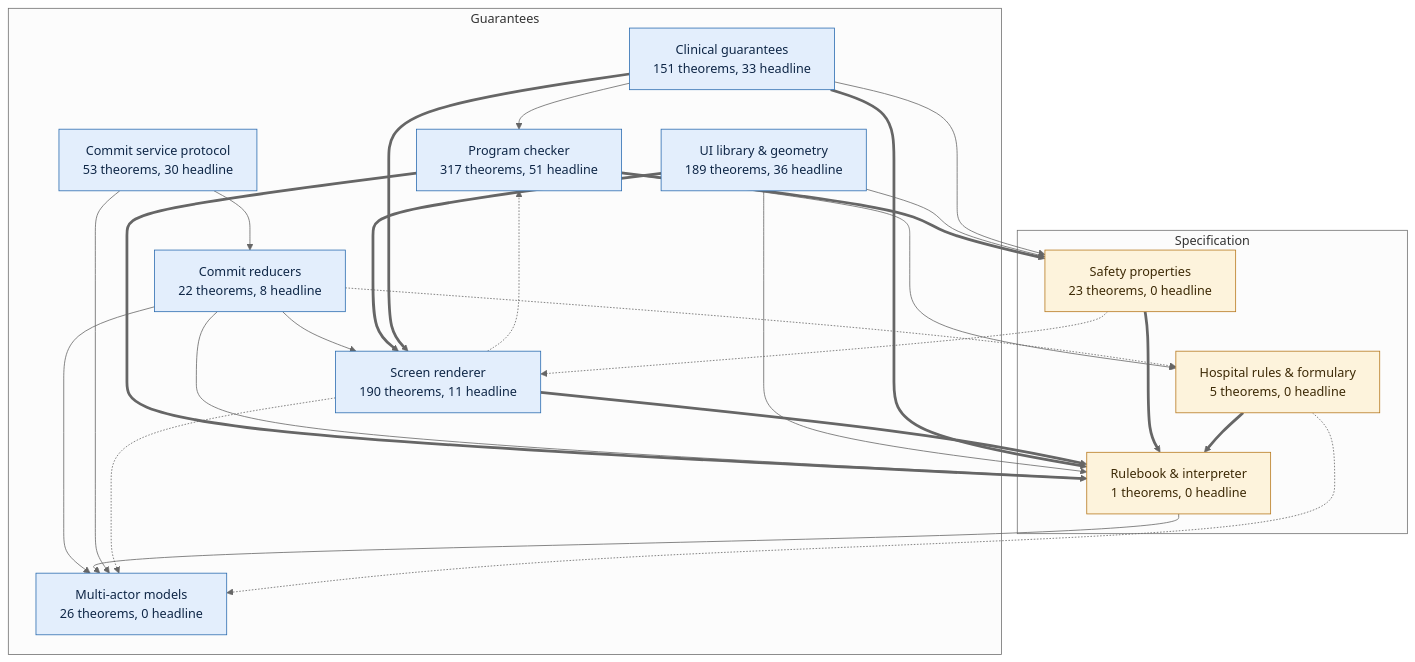
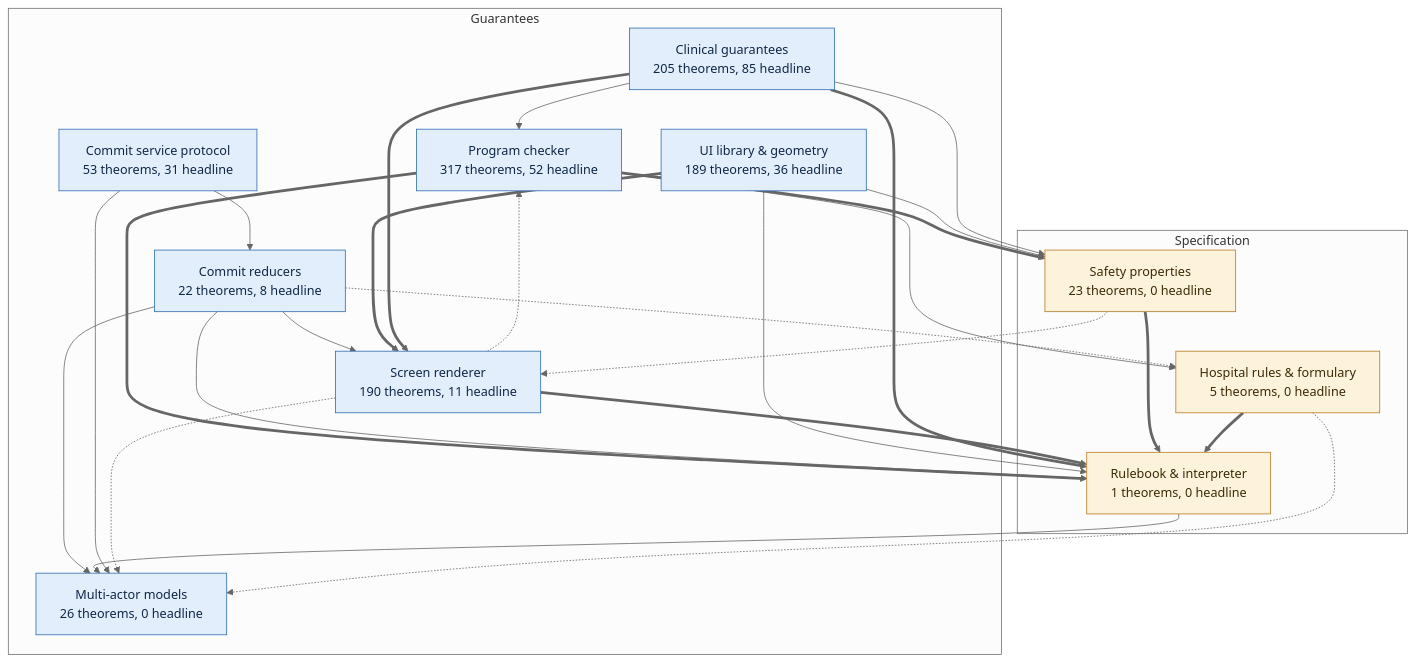
The first of 9 diagrams in docs/proof-map.md (saithat/VGI-Health), drawn with Mermaid (neutral theme) before and after one commit. The commit also changed other lines of this file and 3 other files, not shown here.

````diff
--- a/docs/proof-map.md
+++ b/docs/proof-map.md
@@ -15,43 +15,43 @@
 ```mermaid
 flowchart TB
   subgraph guar_g["Guarantees"]
-    proofs["Clinical guarantees<br/>151 theorems, 33 headline"]:::guar
-    check["Program checker<br/>317 theorems, 51 headline"]:::guar
+    proofs["Clinical guarantees<br/>205 theorems, 85 headline"]:::guar
+    check["Program checker<br/>317 theorems, 52 headline"]:::guar
     render["Screen renderer<br/>190 theorems, 11 headline"]:::guar
     layout["UI library &amp; geometry<br/>189 theorems, 36 headline"]:::guar
     commit["Commit reducers<br/>22 theorems, 8 headline"]:::guar
-    protocol["Commit service protocol<br/>53 theorems, 30 headline"]:::guar
+    protocol["Commit service protocol<br/>53 theorems, 31 headline"]:::guar
     multi["Multi-actor models<br/>26 theorems, 0 headline"]:::guar
   end
   subgraph spec_g["Specification"]
     core["Rulebook &amp; interpreter<br/>1 theorems, 0 headline"]:::spec
     props["Safety properties<br/>23 theorems, 0 headline"]:::spec
     specs["Hospital rules &amp; formulary<br/>5 theorems, 0 headline"]:::spec
   end
   check ==> core
   check ==> props
   check --> specs
   commit --> core
   commit --> multi
   commit --> render
   commit -.-> specs
   core --> multi
   layout --> core
   layout --> props
   layout ==> render
   proofs --> check
   proofs ==> core
   proofs --> props
   proofs ==> render
   props ==> core
   props -.-> render
   protocol --> commit
   protocol --> multi
   render -.-> check
   render ==> core
   render -.-> multi
   specs ==> core
   specs -.-> multi
   classDef spec fill:#fdf3dc,stroke:#b7791f,color:#3d2a06
   classDef guar fill:#e3eefc,stroke:#2b6cb0,color:#0f2747
 ```
````
